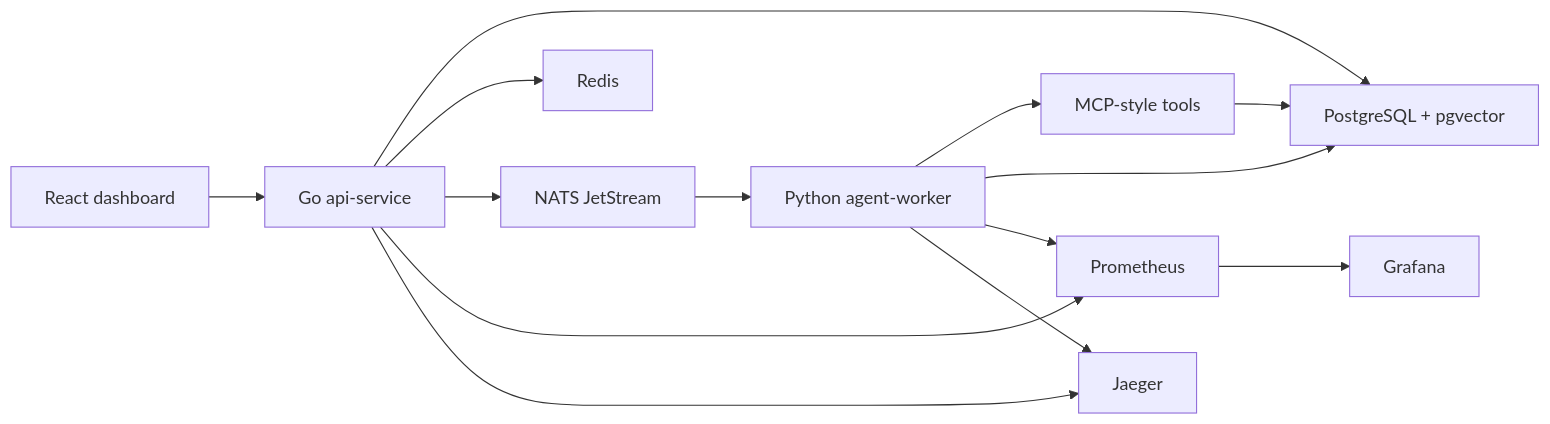
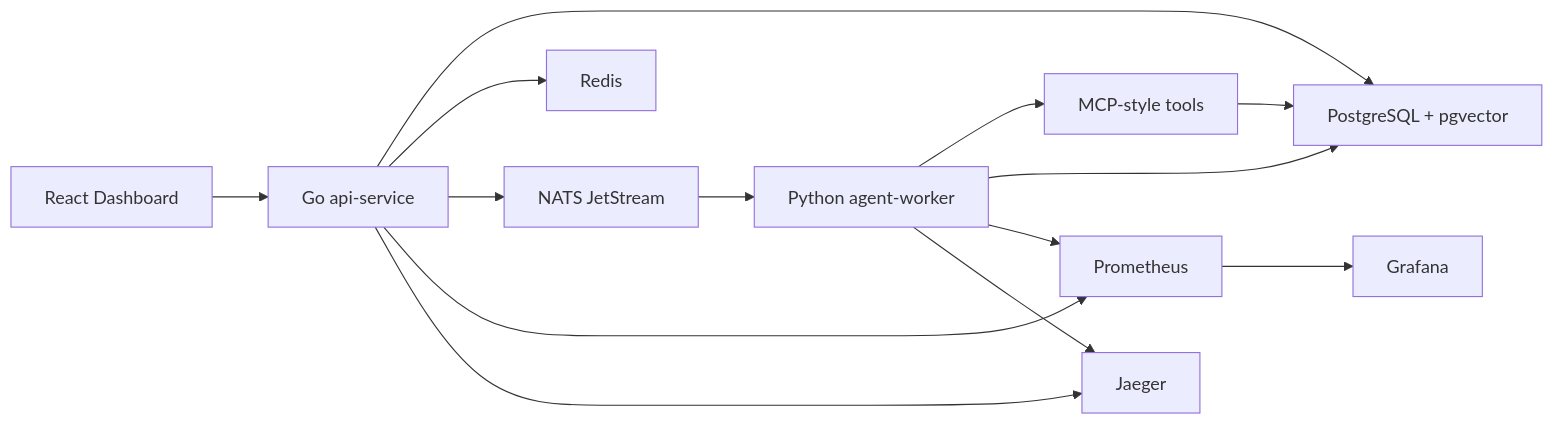
One commit to 1747687484-collab/incidentpilot changed the diagram in README.md. Above: the diagram before and after it, drawn with Mermaid. The commit also changed other lines of this file and 11 other files, not shown here.

````diff
--- a/README.md
+++ b/README.md
@@ -17,16 +19,16 @@
 ```mermaid
 flowchart LR
-  UI["React dashboard"] --> API["Go api-service"]
+  UI["React Dashboard"] --> API["Go api-service"]
   API --> PG["PostgreSQL + pgvector"]
   API --> Redis["Redis"]
   API --> NATS["NATS JetStream"]
   NATS --> Worker["Python agent-worker"]
   Worker --> Tools["MCP-style tools"]
   Tools --> PG
   Worker --> PG
   API --> Prom["Prometheus"]
   Worker --> Prom
   Prom --> Grafana["Grafana"]
   API --> Jaeger["Jaeger"]
   Worker --> Jaeger
 ```
````
